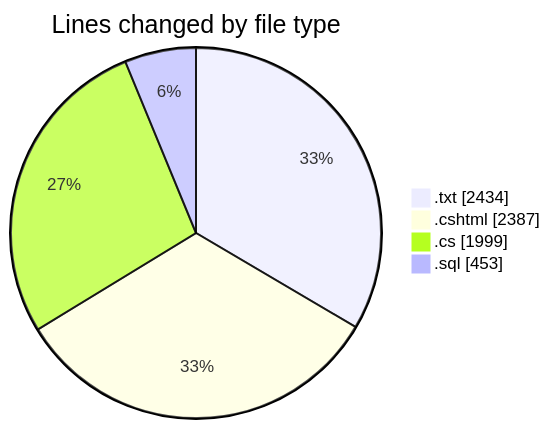
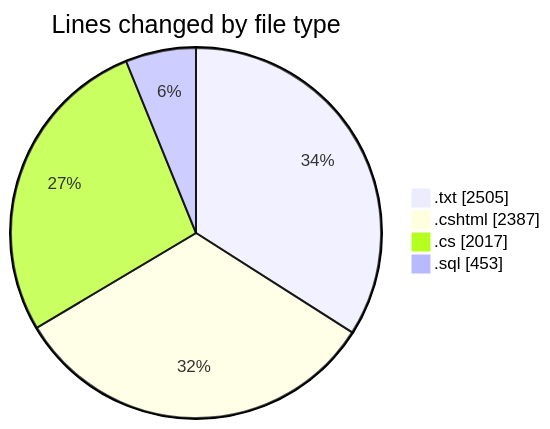
The first of 2 diagrams in 2025-07-25/quanlyrapchieuphim-1/README.md (lephambinh05/code-tracking), drawn with Mermaid before and after one commit. The commit also changed other lines of this file and 1 other file, not shown here.

````diff
--- a/2025-07-25/quanlyrapchieuphim-1/README.md
+++ b/2025-07-25/quanlyrapchieuphim-1/README.md
@@ -39,8 +39,8 @@
 ```mermaid
 pie showData
 title Lines changed by file type
-".txt" : 2434
+".txt" : 2505
 ".cshtml" : 2387
-".cs" : 1999
+".cs" : 2017
 ".sql" : 453
 ```
````
